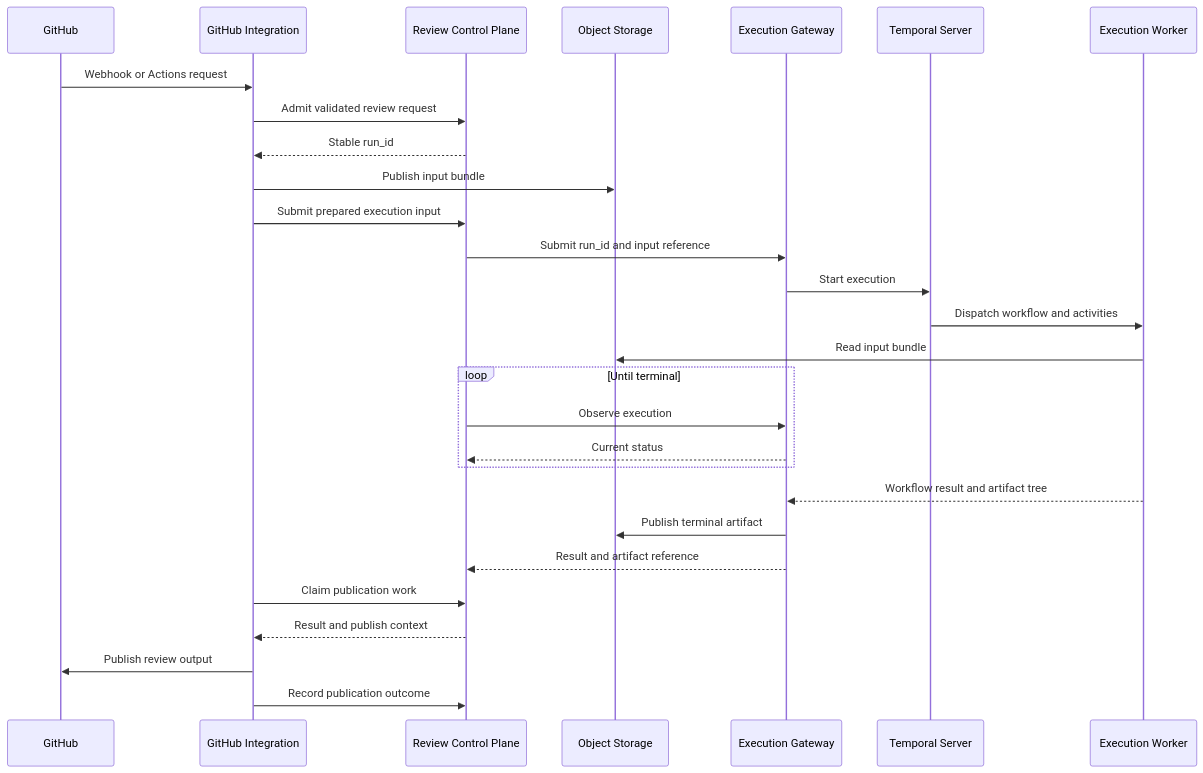
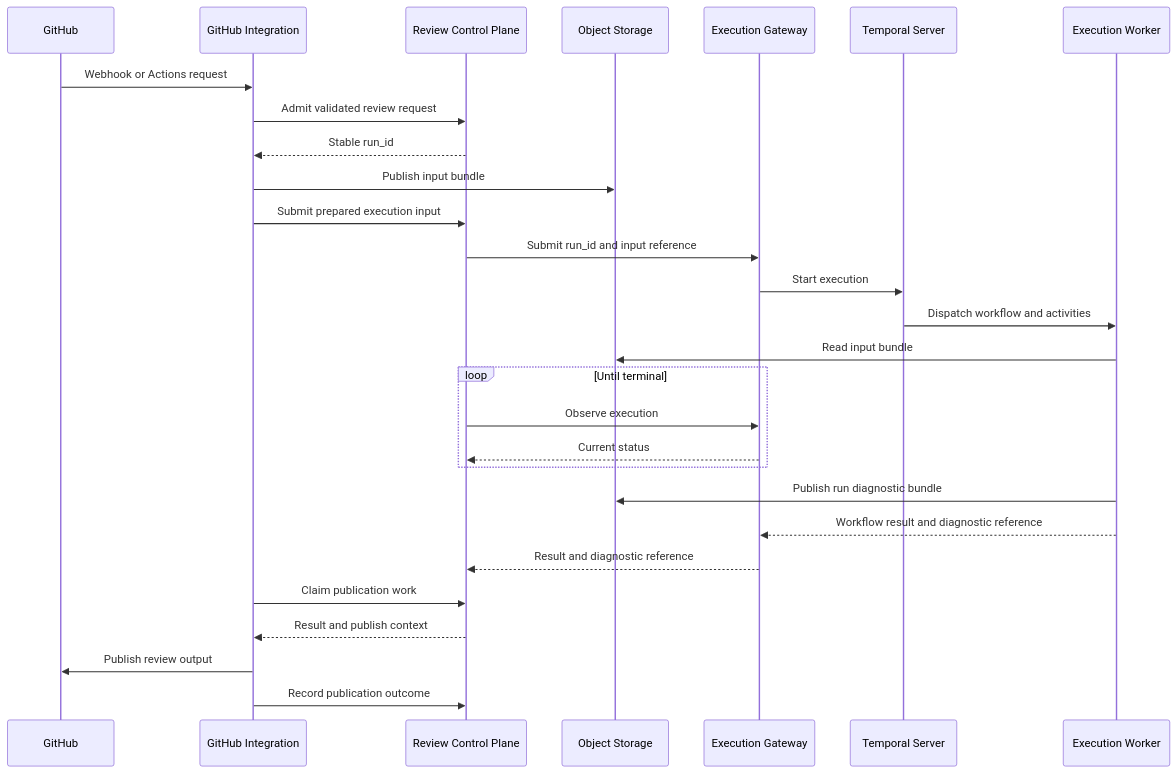
One commit to Agent-AI-Chalmers/sec-review-bot changed the first of 2 diagrams in docs/architecture/SYSTEM_ARCHITECTURE.md. Above: the diagram before and after it, drawn with Mermaid. The commit also changed other lines of this file and 49 other files, not shown here.

First line of the commit message:
refactor: let execution workers publish run diagnostics (#153)

````diff
--- a/docs/architecture/SYSTEM_ARCHITECTURE.md
+++ b/docs/architecture/SYSTEM_ARCHITECTURE.md
@@ -27,31 +27,31 @@
 ```mermaid
 sequenceDiagram
   participant GitHub
   participant Integration as GitHub Integration
   participant Control as Review Control Plane
   participant Storage as Object Storage
   participant Gateway as Execution Gateway
   participant Temporal as Temporal Server
   participant ExecutionWorker as Execution Worker
 
   GitHub->>Integration: Webhook or Actions request
   Integration->>Control: Admit validated review request
   Control-->>Integration: Stable run_id
   Integration->>Storage: Publish input bundle
   Integration->>Control: Submit prepared execution input
   Control->>Gateway: Submit run_id and input reference
   Gateway->>Temporal: Start execution
   Temporal->>ExecutionWorker: Dispatch workflow and activities
   ExecutionWorker->>Storage: Read input bundle
   loop Until terminal
     Control->>Gateway: Observe execution
     Gateway-->>Control: Current status
   end
-  ExecutionWorker-->>Gateway: Workflow result and artifact tree
-  Gateway->>Storage: Publish terminal artifact
-  Gateway-->>Control: Result and artifact reference
+  ExecutionWorker->>Storage: Publish run diagnostic bundle
+  ExecutionWorker-->>Gateway: Workflow result and diagnostic reference
+  Gateway-->>Control: Result and diagnostic reference
   Integration->>Control: Claim publication work
   Control-->>Integration: Result and publish context
   Integration->>GitHub: Publish review output
   Integration->>Control: Record publication outcome
 ```
````
